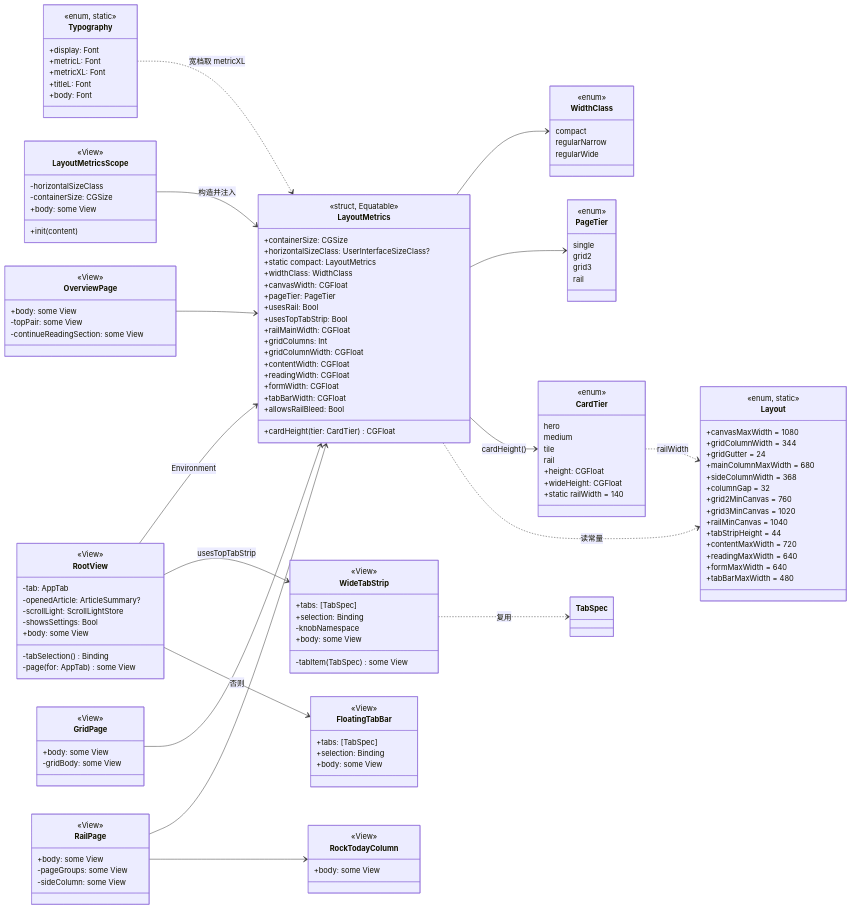
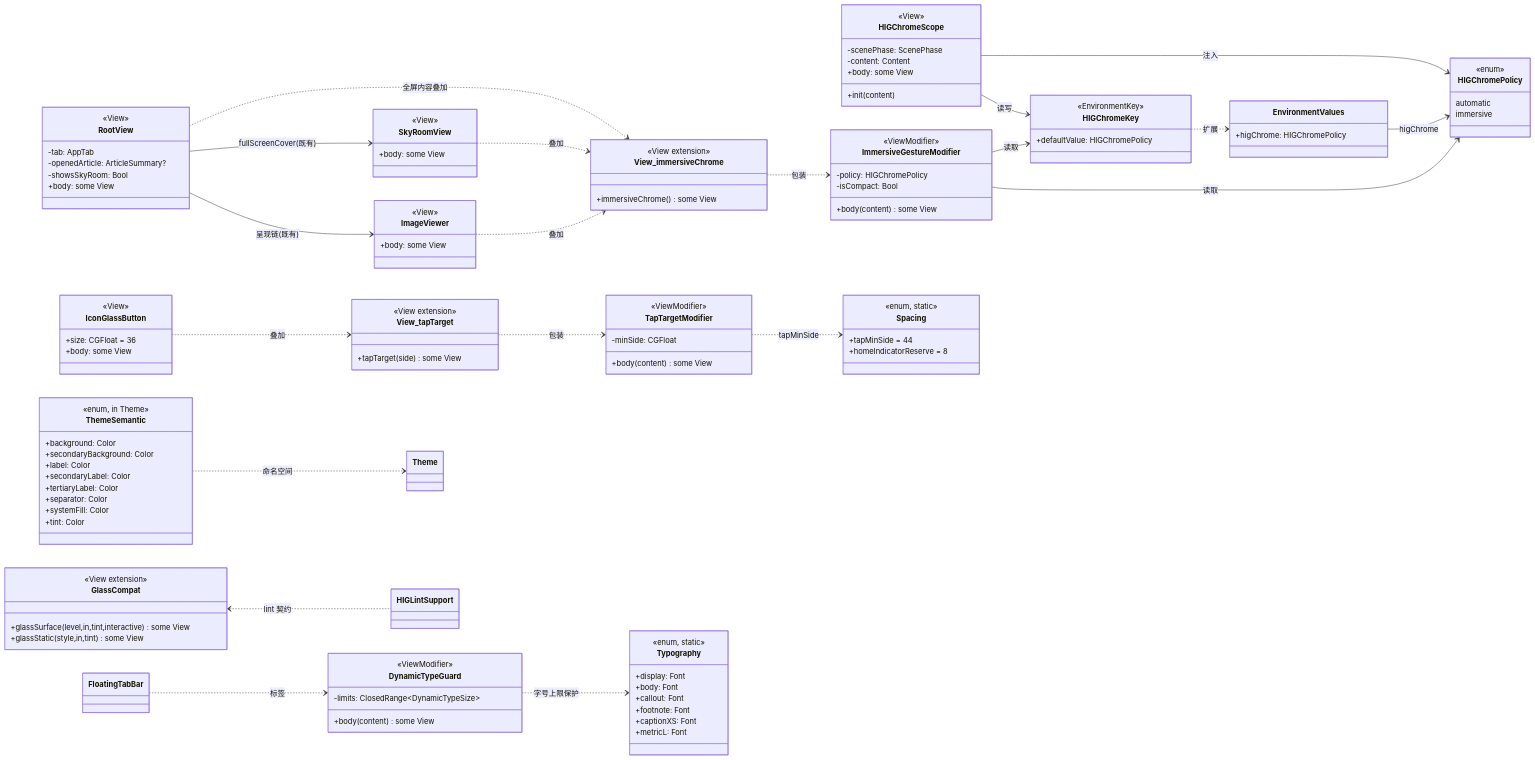
One commit to ffzyf/ff-ios-app changed the diagram in docs/class-diagram.mermaid. Above: the diagram before and after it, drawn with Mermaid. The commit also changed 14 other files, not shown here.

```diff
--- a/docs/class-diagram.mermaid
+++ b/docs/class-diagram.mermaid
@@ -1,154 +1,134 @@
-%% iPad 版式重做（3.8.0）· 类型与接口
-%% 来源：docs/design/2026-10-31-ipad-layout-redo.md 附录 A
+%% SkyApp · 叠加式 HIG 合规 UI 迭代（HIG-ITER-1）· 类型与接口
+%% 架构师：高见远(Gao) · 本次覆盖版本；旧 iPad 版式图见 *.ipad-layout.mermaid.bak
 classDiagram
-  direction LR
+    direction LR
 
-  class LayoutMetrics {
-    <<struct, Equatable>>
-    +containerSize: CGSize
-    +horizontalSizeClass: UserInterfaceSizeClass?
-    +static compact: LayoutMetrics
-    +widthClass: WidthClass
-    +canvasWidth: CGFloat
-    +pageTier: PageTier
-    +usesRail: Bool
-    +usesTopTabStrip: Bool
-    +railMainWidth: CGFloat
-    +gridColumns: Int
-    +gridColumnWidth: CGFloat
-    +contentWidth: CGFloat
-    +readingWidth: CGFloat
-    +formWidth: CGFloat
-    +cardHeight(tier: CardTier) CGFloat
-    +tabBarWidth: CGFloat
-    +allowsRailBleed: Bool
-  }
+    class HIGChromePolicy {
+        <<enum>>
+        automatic
+        immersive
+    }
 
-  class WidthClass {
-    <<enum>>
-    compact
-    regularNarrow
-    regularWide
-  }
+    class HIGChromeKey {
+        <<EnvironmentKey>>
+        +defaultValue: HIGChromePolicy
+    }
 
-  class PageTier {
-    <<enum>>
-    single
-    grid2
-    grid3
-    rail
-  }
+    class EnvironmentValues {
+        +higChrome: HIGChromePolicy
+    }
 
-  class Layout {
-    <<enum, static>>
-    +canvasMaxWidth = 1080
-    +gridColumnWidth = 344
-    +gridGutter = 24
-    +mainColumnMaxWidth = 680
-    +sideColumnWidth = 368
-    +columnGap = 32
-    +grid2MinCanvas = 760
-    +grid3MinCanvas = 1020
-    +railMinCanvas = 1040
-    +tabStripHeight = 44
-    +contentMaxWidth = 720
-    +readingMaxWidth = 640
-    +formMaxWidth = 640
-    +tabBarMaxWidth = 480
-  }
+    class HIGChromeScope {
+        <<View>>
+        -scenePhase: ScenePhase
+        -content: Content
+        +init(content)
+        +body: some View
+    }
 
-  class CardTier {
-    <<enum>>
-    hero
-    medium
-    tile
-    rail
-    +height: CGFloat
-    +wideHeight: CGFloat
-    +static railWidth = 140
-  }
+    class ImmersiveGestureModifier {
+        <<ViewModifier>>
+        -policy: HIGChromePolicy
+        -isCompact: Bool
+        +body(content) some View
+    }
 
-  class Typography {
-    <<enum, static>>
-    +display: Font
-    +metricL: Font
-    +metricXL: Font
-    +titleL: Font
-    +body: Font
-  }
+    class View_immersiveChrome {
+        <<View extension>>
+        +immersiveChrome() some View
+    }
 
-  class LayoutMetricsScope {
-    <<View>>
-    -horizontalSizeClass
-    -containerSize: CGSize
-    +init(content)
-    +body: some View
-  }
+    class TapTargetModifier {
+        <<ViewModifier>>
+        -minSide: CGFloat
+        +body(content) some View
+    }
 
-  class RootView {
-    <<View>>
-    -tab: AppTab
-    -openedArticle: ArticleSummary?
-    -scrollLight: ScrollLightStore
-    -showsSettings: Bool
-    +body: some View
-    -tabSelection() Binding
-    -page(for: AppTab) some View
-  }
+    class View_tapTarget {
+        <<View extension>>
+        +tapTarget(side) some View
+    }
 
-  class WideTabStrip {
-    <<View>>
-    +tabs: [TabSpec]
-    +selection: Binding
-    -knobNamespace
-    +body: some View
-    -tabItem(TabSpec) some View
-  }
+    class DynamicTypeGuard {
+        <<ViewModifier>>
+        -limits: ClosedRange~DynamicTypeSize~
+        +body(content) some View
+    }
 
-  class FloatingTabBar {
-    <<View>>
-    +tabs: [TabSpec]
-    +selection: Binding
-    +body: some View
-  }
+    class ThemeSemantic {
+        <<enum, in Theme>>
+        +background: Color
+        +secondaryBackground: Color
+        +label: Color
+        +secondaryLabel: Color
+        +tertiaryLabel: Color
+        +separator: Color
+        +systemFill: Color
+        +tint: Color
+    }
 
-  class OverviewPage {
-    <<View>>
-    +body: some View
-    -topPair: some View
-    -continueReadingSection: some View
-  }
+    class Typography {
+        <<enum, static>>
+        +display: Font
+        +body: Font
+        +callout: Font
+        +footnote: Font
+        +captionXS: Font
+        +metricL: Font
+    }
 
-  class RailPage {
-    <<View>>
-    +body: some View
-    -pageGroups: some View
-    -sideColumn: some View
-  }
+    class Spacing {
+        <<enum, static>>
+        +tapMinSide = 44
+        +homeIndicatorReserve = 8
+    }
 
-  class GridPage {
-    <<View>>
-    +body: some View
-    -gridBody: some View
-  }
+    class GlassCompat {
+        <<View extension>>
+        +glassSurface(level,in,tint,interactive) some View
+        +glassStatic(style,in,tint) some View
+    }
 
-  class RockTodayColumn {
-    <<View>>
-    +body: some View
-  }
+    class RootView {
+        <<View>>
+        -tab: AppTab
+        -openedArticle: ArticleSummary?
+        -showsSkyRoom: Bool
+        +body: some View
+    }
 
-  LayoutMetrics --> WidthClass
-  LayoutMetrics --> PageTier
-  LayoutMetrics --> CardTier : cardHeight()
-  LayoutMetrics ..> Layout : 读常量
-  CardTier ..> Layout : railWidth
-  Typography ..> LayoutMetrics : 宽档取 metricXL
-  LayoutMetricsScope --> LayoutMetrics : 构造并注入
-  RootView --> LayoutMetrics : Environment
-  RootView --> WideTabStrip : usesTopTabStrip
-  RootView --> FloatingTabBar : 否则
-  WideTabStrip ..> TabSpec : 复用
-  OverviewPage --> LayoutMetrics
-  RailPage --> LayoutMetrics
-  GridPage --> LayoutMetrics
-  RailPage --> RockTodayColumn
+    class SkyRoomView {
+        <<View>>
+        +body: some View
+    }
+
+    class ImageViewer {
+        <<View>>
+        +body: some View
+    }
+
+    class IconGlassButton {
+        <<View>>
+        +size: CGFloat = 36
+        +body: some View
+    }
+
+    HIGChromeScope --> HIGChromePolicy : 注入
+    HIGChromeScope --> HIGChromeKey : 读写
+    HIGChromeKey ..> EnvironmentValues : 扩展
+    EnvironmentValues --> HIGChromePolicy : higChrome
+    ImmersiveGestureModifier --> HIGChromePolicy : 读取
+    ImmersiveGestureModifier --> HIGChromeKey : 读取
+    View_immersiveChrome ..> ImmersiveGestureModifier : 包装
+    RootView ..> View_immersiveChrome : 全屏内容叠加
+    RootView --> SkyRoomView : fullScreenCover(既有)
+    RootView --> ImageViewer : 呈现链(既有)
+    SkyRoomView ..> View_immersiveChrome : 叠加
+    ImageViewer ..> View_immersiveChrome : 叠加
+    IconGlassButton ..> View_tapTarget : 叠加
+    View_tapTarget ..> TapTargetModifier : 包装
+    TapTargetModifier ..> Spacing : tapMinSide
+    DynamicTypeGuard ..> Typography : 字号上限保护
+    FloatingTabBar ..> DynamicTypeGuard : 标签
+    ThemeSemantic ..> Theme : 命名空间
+    GlassCompat <.. HIGLintSupport : lint 契约
```
